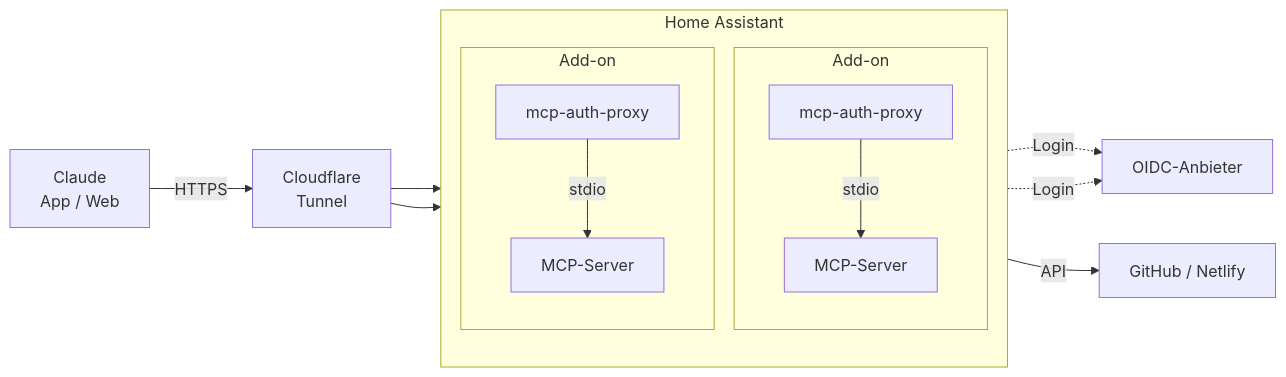
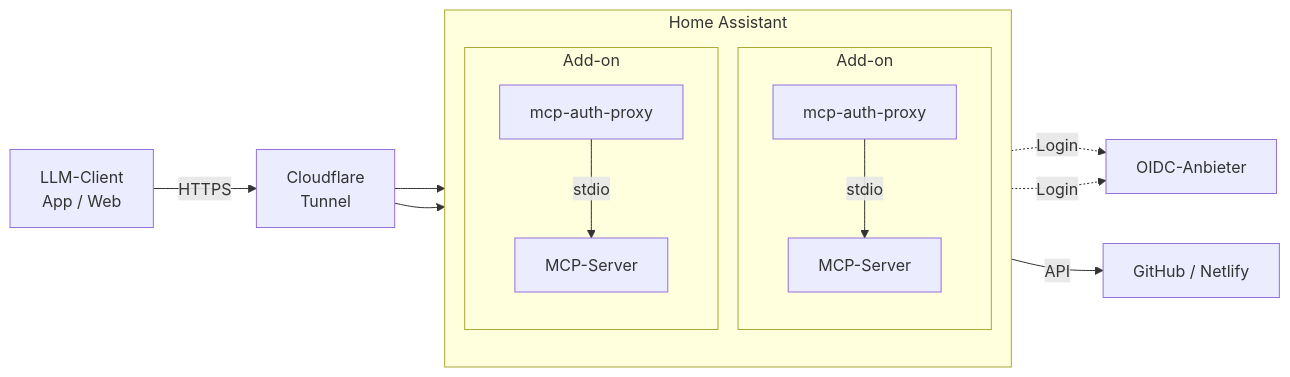
Before and after one commit to kleinhansda/ha-mcp-addons: the diagram in README.md, drawn with Mermaid. The commit also changed other lines of this file, not shown here.

First line of the commit message:
docs: README neutral formuliert (LLM statt Claude)

````diff
--- a/README.md
+++ b/README.md
@@ -87,16 +87,16 @@
 ```mermaid
 flowchart LR
-  C[Claude<br>App / Web] -->|HTTPS| CF[Cloudflare<br>Tunnel]
+  C[LLM-Client<br>App / Web] -->|HTTPS| CF[Cloudflare<br>Tunnel]
   subgraph HA[Home Assistant]
     direction TB
     subgraph A1[Add-on]
       P1[mcp-auth-proxy] -->|stdio| S1[MCP-Server]
     end
     subgraph A2[Add-on]
       P2[mcp-auth-proxy] -->|stdio| S2[MCP-Server]
     end
   end
   CF --> P1 & P2
   P1 & P2 -.->|Login| ID[OIDC-Anbieter]
   S2 -->|API| EXT[GitHub / Netlify]
 ```
````
